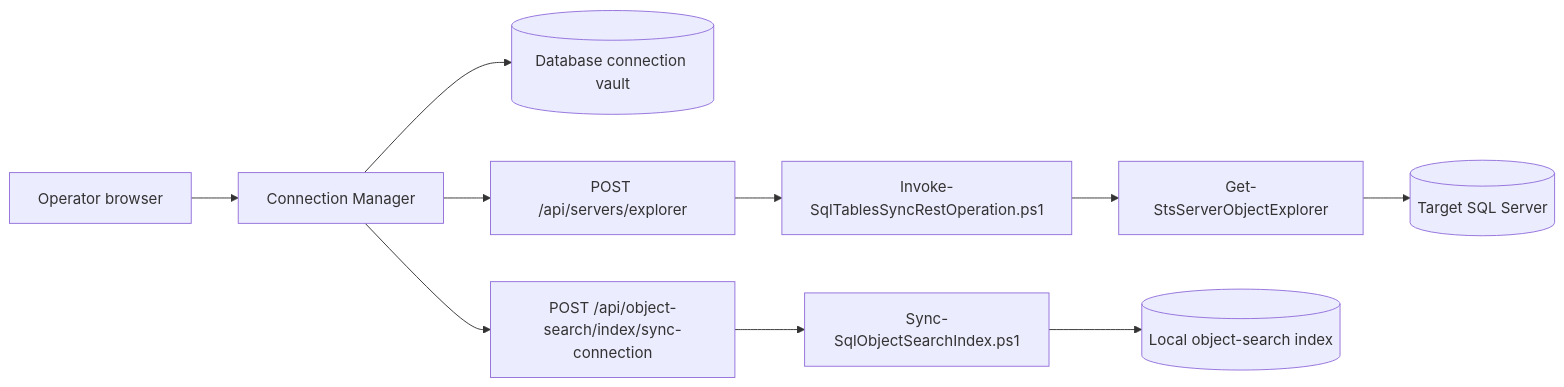
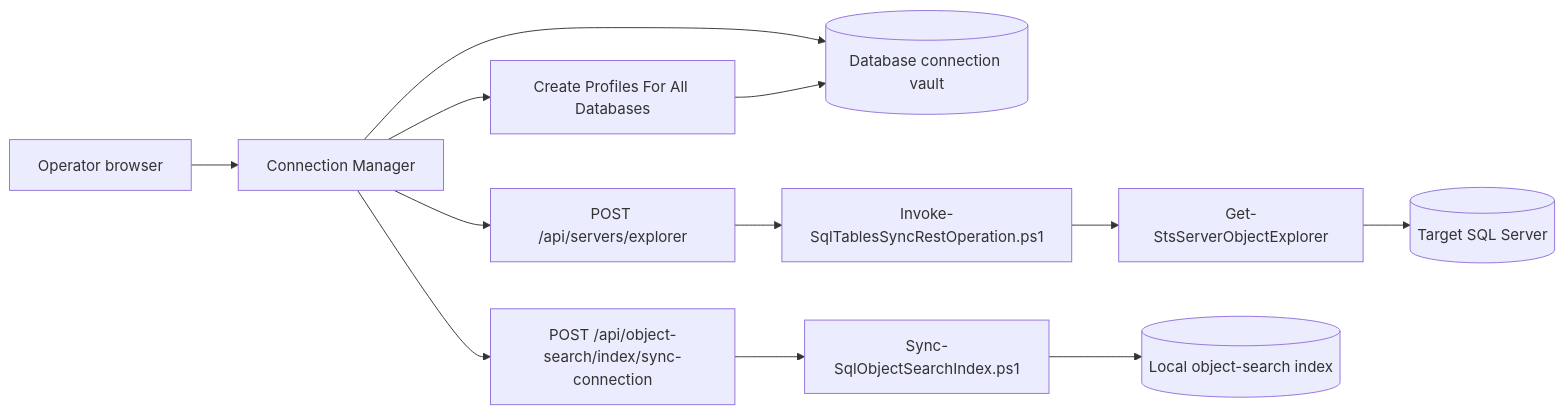
The diagram in docs/operations/connection-manager.md (sql-cockpit/sql-cockpit-docs-source), drawn with Mermaid before and after one commit. The commit also changed other lines of this file and 9 other files, not shown here.

````diff
--- a/docs/operations/connection-manager.md
+++ b/docs/operations/connection-manager.md
@@ -22,12 +23,14 @@
 ```mermaid
 flowchart LR
     Operator[Operator browser] --> ConnectionManager[Connection Manager]
     ConnectionManager --> Profile[(Database connection vault)]
     ConnectionManager --> ExplorerApi[POST /api/servers/explorer]
     ExplorerApi --> RestRunner[Invoke-SqlTablesSyncRestOperation.ps1]
     RestRunner --> Explorer[Get-StsServerObjectExplorer]
     Explorer --> SqlServer[(Target SQL Server)]
+    ConnectionManager --> BulkCreate[Create Profiles For All Databases]
+    BulkCreate --> Profile
     ConnectionManager --> SearchApi[POST /api/object-search/index/sync-connection]
     SearchApi --> SearchSync[Sync-SqlObjectSearchIndex.ps1]
     SearchSync --> SearchIndex[(Local object-search index)]
 ```
````
